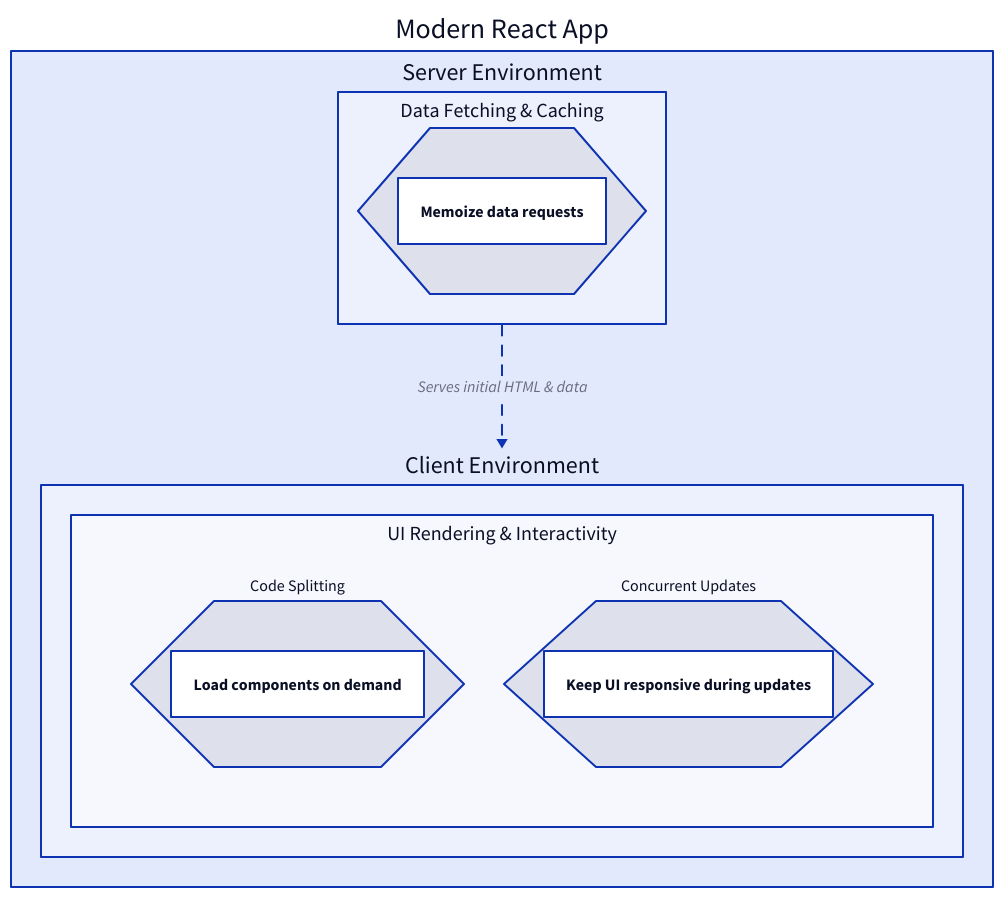
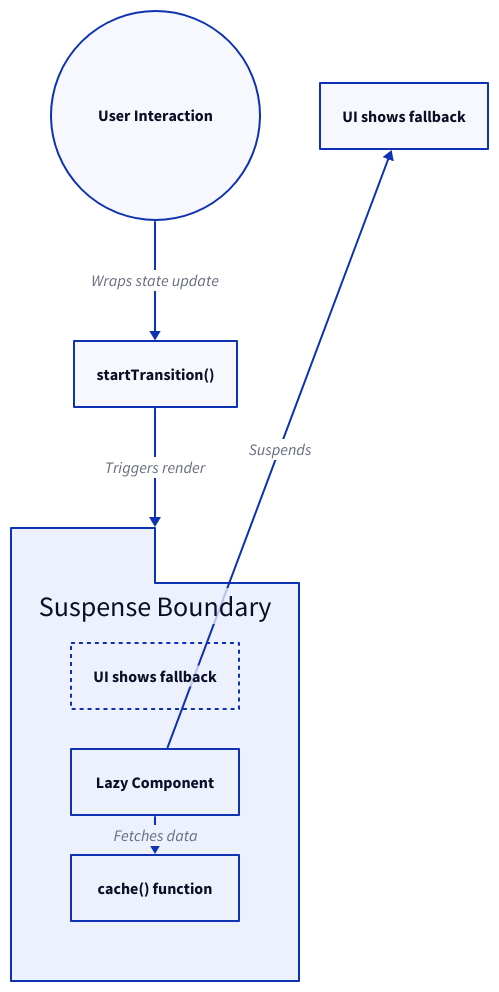
The diagram in packages/react/.aigne/doc-smith/docs/advanced.md (lban2049/react), drawn with D2 before and after one commit. The commit also changed other lines of this file and 46 other files, not shown here.

````diff
--- a/packages/react/.aigne/doc-smith/docs/advanced.md
+++ b/packages/react/.aigne/doc-smith/docs/advanced.md
@@ -7,31 +29,35 @@
 ```d2
 direction: down
 
-"Modern React App": {
-  "Server Environment": {
-    "Data Fetching & Caching": {
-      shape: hexagon
-      "cache()": "Memoize data requests"
-    }
+"User Interaction": {
+  shape: circle
+}
+
+"startTransition()": {
+  shape: rectangle
+}
+
+"Suspense Boundary": {
+  shape: package
+  grid-columns: 1
+
+  "UI shows fallback": {
+    shape: rectangle
+    style.stroke-dash: 2
   }
 
-  "Client Environment": {
-    "UI Rendering & Interactivity": {
-      grid-columns: 2
+  "Lazy Component": {
+    shape: rectangle
+  }
 
-      "Code Splitting": {
-        shape: hexagon
-        "lazy() & Suspense": "Load components on demand"
-      }
-      "Concurrent Updates": {
-        shape: hexagon
-        "startTransition()": "Keep UI responsive during updates"
-      }
-    }
+  "cache() function": {
+    shape: rectangle
   }
+
+  "Lazy Component" -> "cache() function": "Fetches data"
 }
 
-"Modern React App"."Server Environment" -> "Modern React App"."Client Environment": "Serves initial HTML & data" {
-  style.animated: true
-}
+"User Interaction" -> "startTransition()": "Wraps state update"
+"startTransition()" -> "Suspense Boundary": "Triggers render"
+"Suspense Boundary"."Lazy Component" -> "UI shows fallback": "Suspends"
 ```
````
